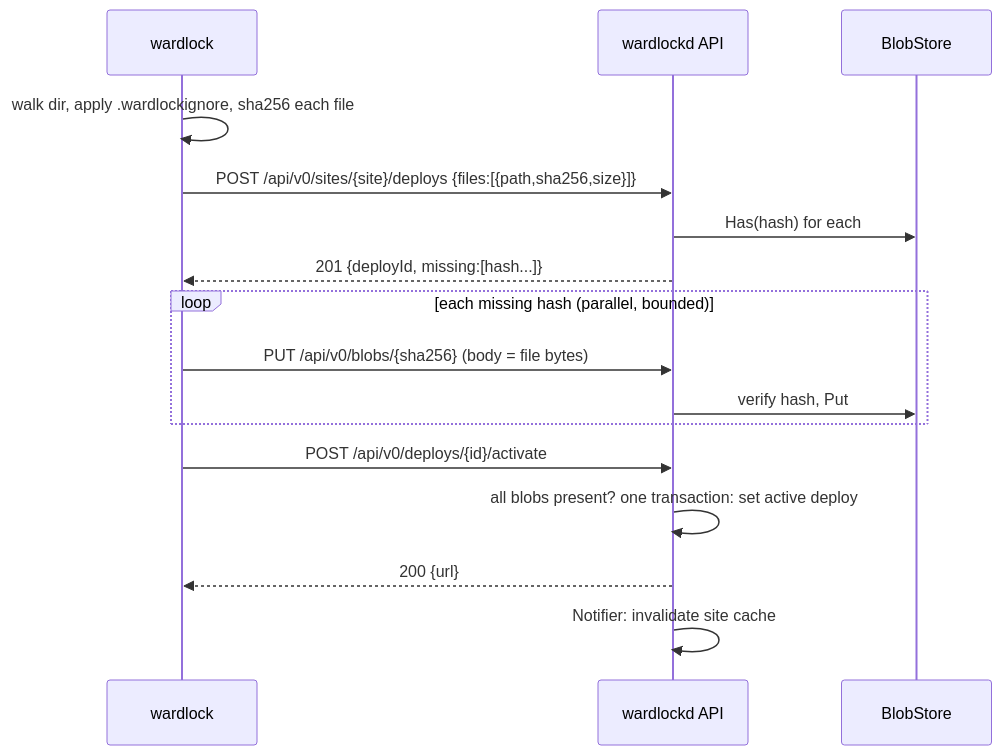
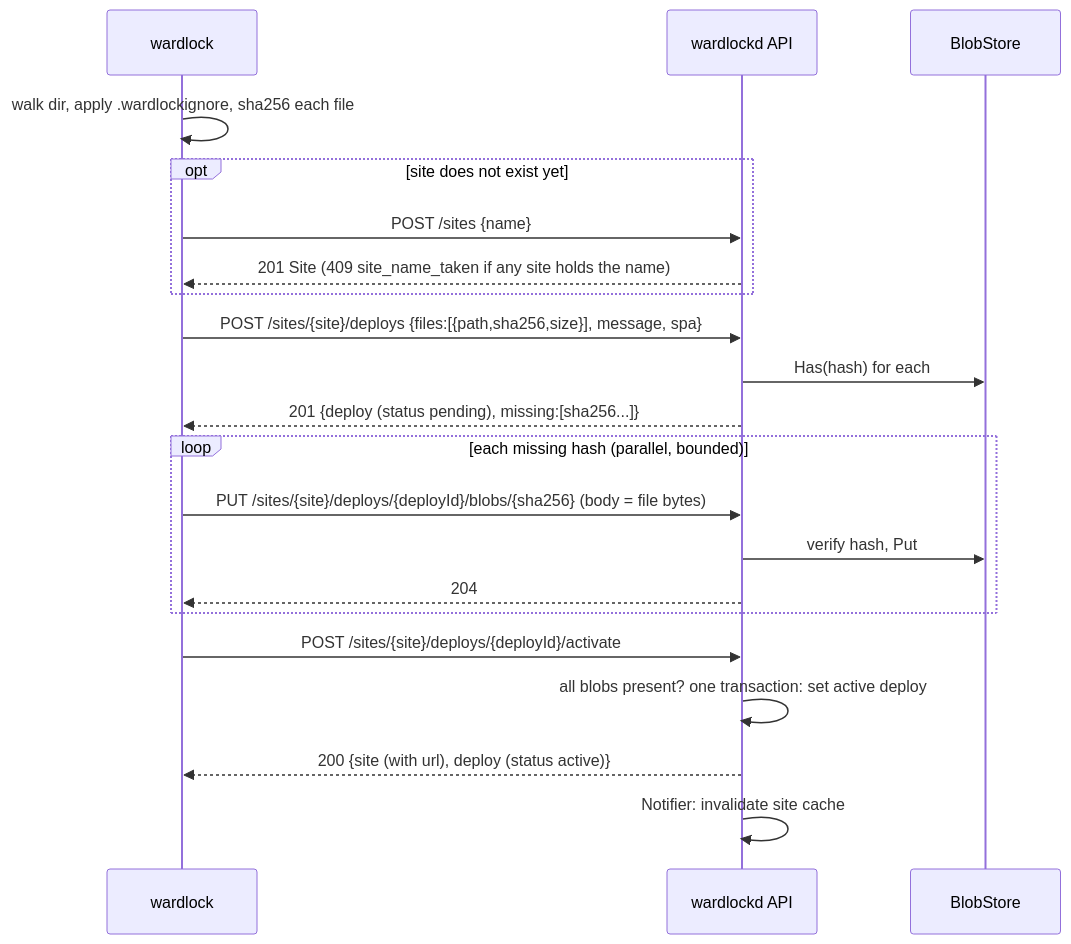
Before and after one commit to CubieCode/wardlock: the third of 5 diagrams in docs/ARCHITECTURE.md, drawn with Mermaid. The commit also changed other lines of this file and 28 other files, not shown here.

````diff
--- a/docs/ARCHITECTURE.md
+++ b/docs/ARCHITECTURE.md
@@ -68,18 +70,23 @@
 ```mermaid
 sequenceDiagram
   participant CLI as wardlock
   participant API as wardlockd API
   participant BS as BlobStore
   CLI->>CLI: walk dir, apply .wardlockignore, sha256 each file
-  CLI->>API: POST /api/v0/sites/{site}/deploys {files:[{path,sha256,size}]}
+  opt site does not exist yet
+    CLI->>API: POST /sites {name}
+    API-->>CLI: 201 Site (409 site_name_taken if any site holds the name)
+  end
+  CLI->>API: POST /sites/{site}/deploys {files:[{path,sha256,size}], message, spa}
   API->>BS: Has(hash) for each
-  API-->>CLI: 201 {deployId, missing:[hash...]}
+  API-->>CLI: 201 {deploy (status pending), missing:[sha256...]}
   loop each missing hash (parallel, bounded)
-    CLI->>API: PUT /api/v0/blobs/{sha256} (body = file bytes)
+    CLI->>API: PUT /sites/{site}/deploys/{deployId}/blobs/{sha256} (body = file bytes)
     API->>BS: verify hash, Put
+    API-->>CLI: 204
   end
-  CLI->>API: POST /api/v0/deploys/{id}/activate
+  CLI->>API: POST /sites/{site}/deploys/{deployId}/activate
   API->>API: all blobs present? one transaction: set active deploy
-  API-->>CLI: 200 {url}
+  API-->>CLI: 200 {site (with url), deploy (status active)}
   API->>API: Notifier: invalidate site cache
 ```
````
